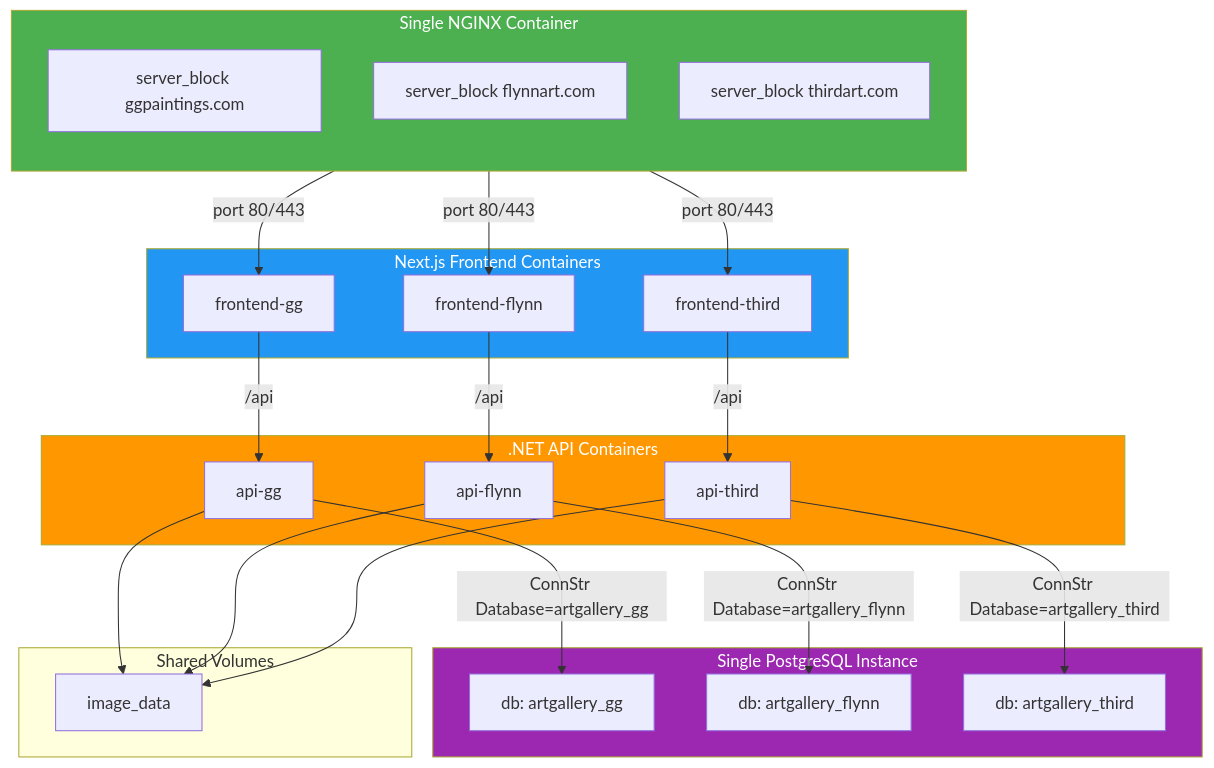
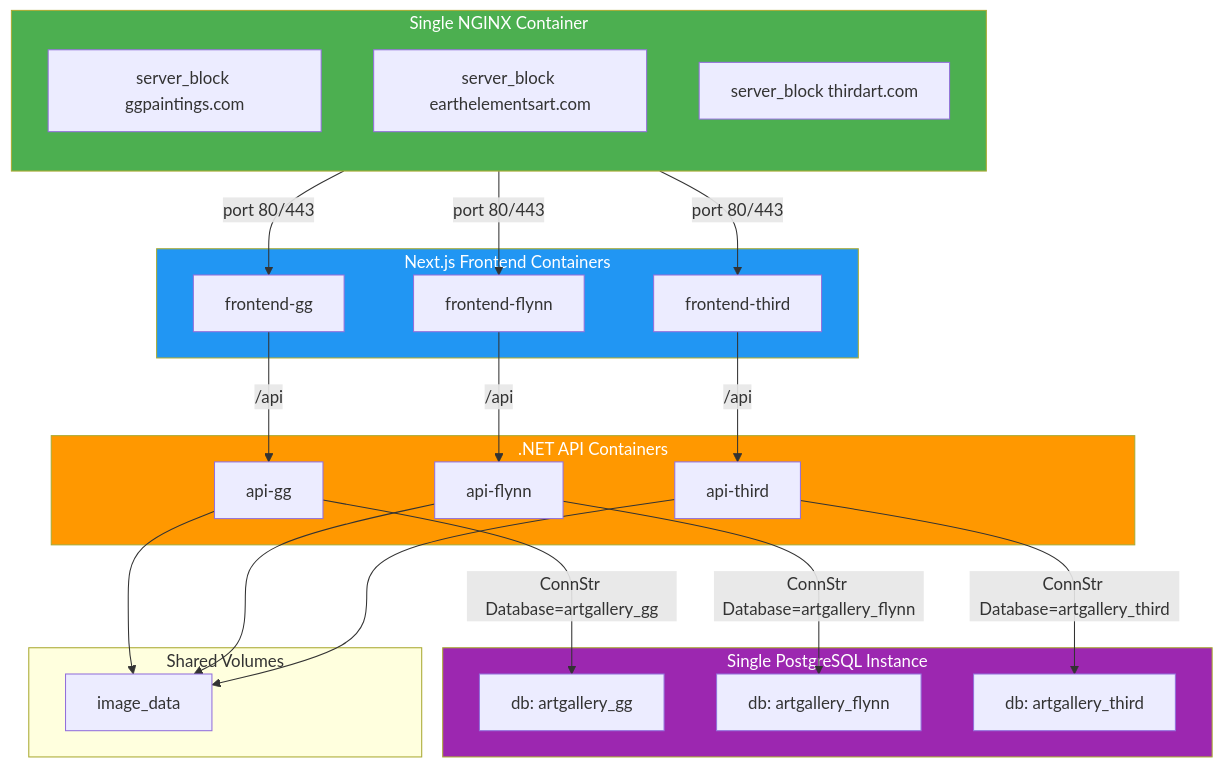
The first of 2 diagrams in plans/multi-site-deployment-architecture.md (JFlynn426/Painting_Website_Docker_NextJS), drawn with Mermaid before and after one commit. The commit also changed other lines of this file and 26 other files, not shown here.

````diff
--- a/plans/multi-site-deployment-architecture.md
+++ b/plans/multi-site-deployment-architecture.md
@@ -33,52 +33,52 @@
 ```mermaid
 graph TB
     subgraph NGINX[Single NGINX Container]
         direction TB
         SB1[server_block ggpaintings.com]
-        SB2[server_block flynnart.com]
+        SB2[server_block earthelementsart.com]
         SB3[server_block thirdart.com]
     end
 
     subgraph Frontends[Next.js Frontend Containers]
         FG[frontend-gg]
         FF[frontend-flynn]
         FT[frontend-third]
     end
 
     subgraph APIs[.NET API Containers]
         AG[api-gg]
         AF[api-flynn]
         AT[api-third]
     end
 
     subgraph PostgreSQL[Single PostgreSQL Instance]
         DBG[db: artgallery_gg]
         DBF[db: artgallery_flynn]
         DBT[db: artgallery_third]
     end
 
     subgraph Volumes[Shared Volumes]
         IMG[image_data]
     end
 
     SB1 -->|port 80/443| FG
     SB2 -->|port 80/443| FF
     SB3 -->|port 80/443| FT
 
     FG -->|/api| AG
     FF -->|/api| AF
     FT -->|/api| AT
 
     AG -->|ConnStr Database=artgallery_gg| DBG
     AF -->|ConnStr Database=artgallery_flynn| DBF
     AT -->|ConnStr Database=artgallery_third| DBT
 
     AG --> IMG
     AF --> IMG
     AT --> IMG
 
     style NGINX fill:#4CAF50,color:#fff
     style Frontends fill:#2196F3,color:#fff
     style APIs fill:#FF9800,color:#fff
     style PostgreSQL fill:#9C27B0,color:#fff
 ```
````
